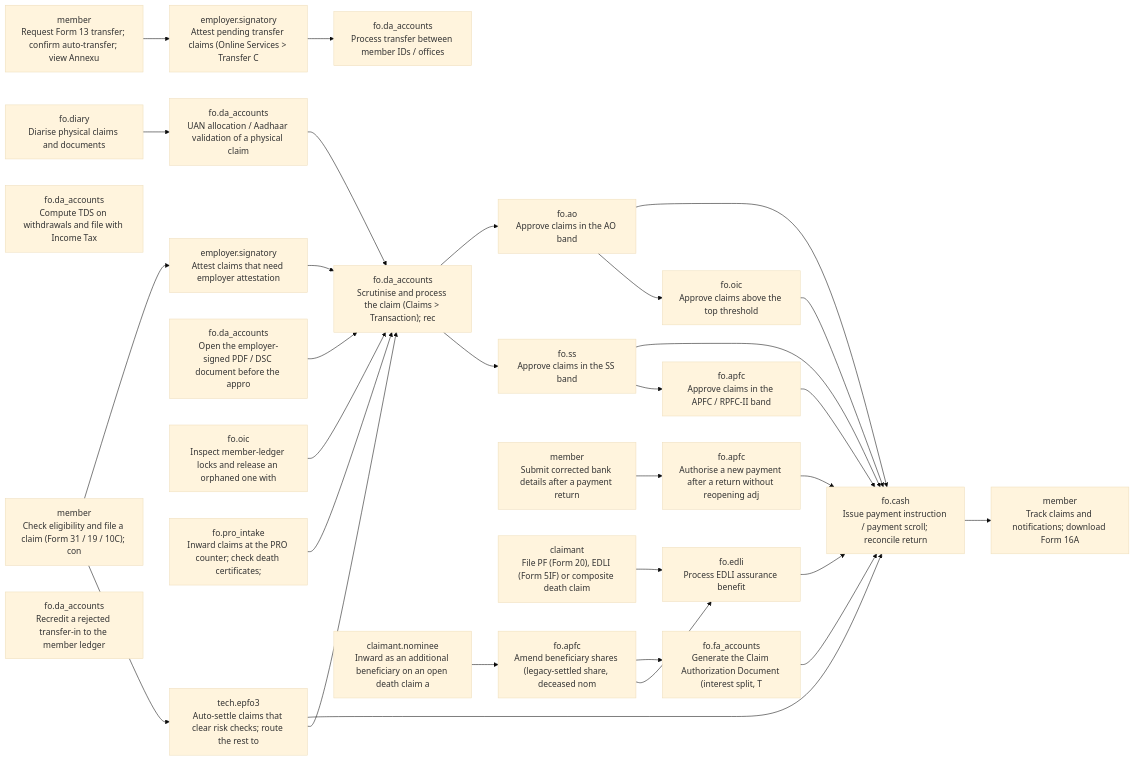
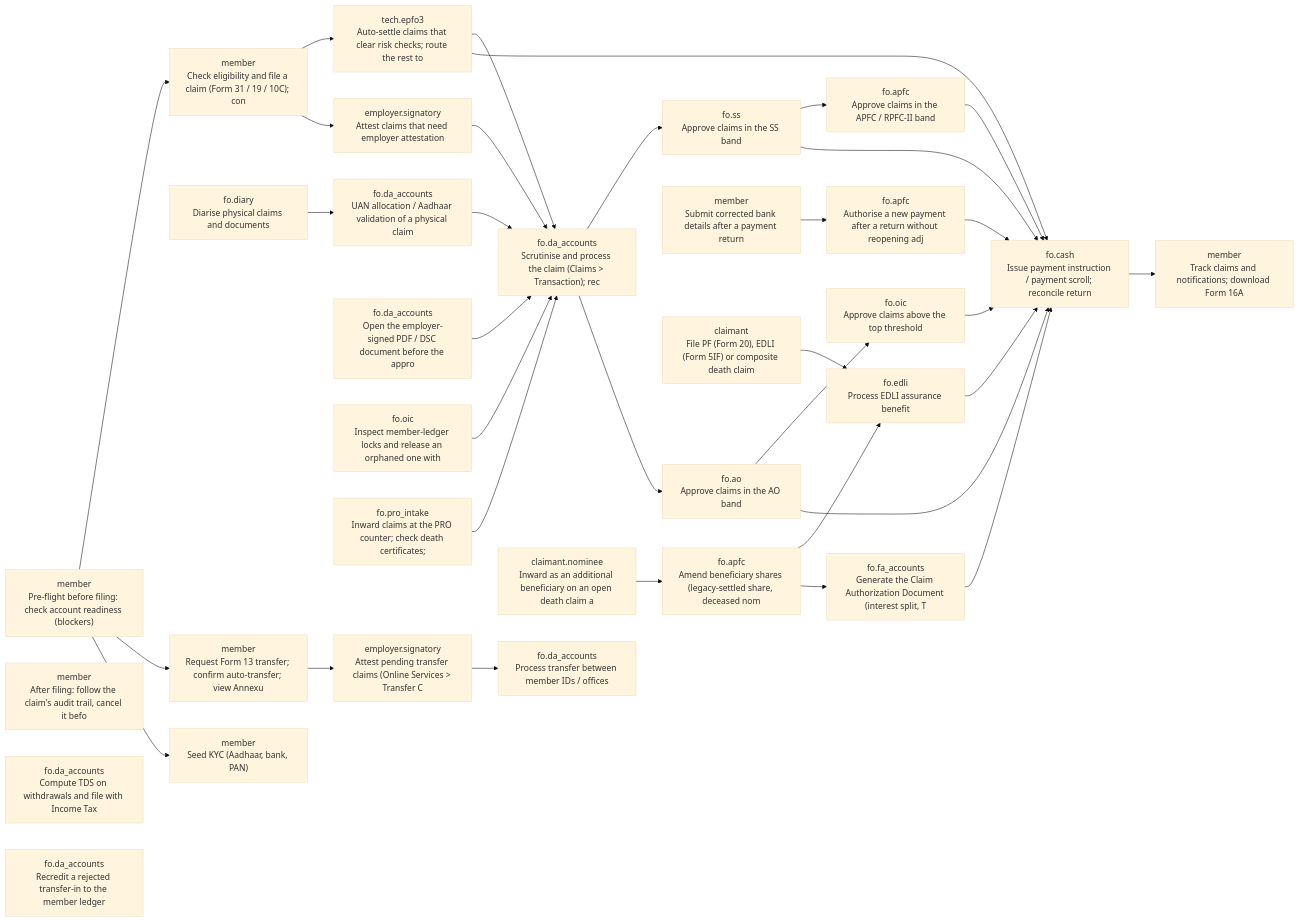
One commit to gauravmeena0708/pf-life changed the fourth of 14 diagrams in docs/stakeholder-api-sets.md. Above: the diagram before and after it, drawn with Mermaid (base theme). The commit also changed other lines of this file and 19 other files, not shown here.

First line of the commit message:
Add pre-flight / post-submission claim APIs, explicit state machines, KB items

````diff
--- a/docs/stakeholder-api-sets.md
+++ b/docs/stakeholder-api-sets.md
@@ -1390,59 +1398,65 @@
 ```mermaid
 flowchart LR
+  F04_preflight["member<br/>Pre-flight before filing: check account readiness (blockers)"]
   F04_claim_file["member<br/>Check eligibility and file a claim (Form 31 / 19 / 10C); con"]
   F04_auto_settle["tech.epfo3<br/>Auto-settle claims that clear risk checks; route the rest to"]
   F04_attest["employer.signatory<br/>Attest claims that need employer attestation"]
   F04_physical["fo.diary<br/>Diarise physical claims and documents"]
   F04_physical_validate["fo.da_accounts<br/>UAN allocation / Aadhaar validation of a physical claim"]
   F04_process["fo.da_accounts<br/>Scrutinise and process the claim (Claims > Transaction); rec"]
   F04_approve_ss["fo.ss<br/>Approve claims in the SS band"]
   F04_approve_ao["fo.ao<br/>Approve claims in the AO band"]
   F04_approve_apfc["fo.apfc<br/>Approve claims in the APFC / RPFC-II band"]
   F04_approve_oic["fo.oic<br/>Approve claims above the top threshold"]
   F04_pay["fo.cash<br/>Issue payment instruction / payment scroll; reconcile return"]
   F04_cad["fo.fa_accounts<br/>Generate the Claim Authorization Document (interest split, T"]
+  F04_post_submission["member<br/>After filing: follow the claim's audit trail, cancel it befo"]
   F04_redisburse_request["member<br/>Submit corrected bank details after a payment return"]
   F04_redisburse_approve["fo.apfc<br/>Authorise a new payment after a return without reopening adj"]
   F04_attestation_view["fo.da_accounts<br/>Open the employer-signed PDF / DSC document before the appro"]
   F04_lock_admin["fo.oic<br/>Inspect member-ledger locks and release an orphaned one with"]
   F04_pro_intake["fo.pro_intake<br/>Inward claims at the PRO counter; check death certificates; "]
   F04_track["member<br/>Track claims and notifications; download Form 16A"]
   F04_tds["fo.da_accounts<br/>Compute TDS on withdrawals and file with Income Tax"]
   F04_transfer["member<br/>Request Form 13 transfer; confirm auto-transfer; view Annexu"]
   F04_transfer_attest["employer.signatory<br/>Attest pending transfer claims (Online Services > Transfer C"]
   F04_transfer_process["fo.da_accounts<br/>Process transfer between member IDs / offices"]
   F04_transfer_recredit["fo.da_accounts<br/>Recredit a rejected transfer-in to the member ledger"]
   F04_death_claim["claimant<br/>File PF (Form 20), EDLI (Form 5IF) or composite death claim"]
   F04_co_beneficiary["claimant.nominee<br/>Inward as an additional beneficiary on an open death claim a"]
   F04_shares["fo.apfc<br/>Amend beneficiary shares (legacy-settled share, deceased nom"]
   F04_edli["fo.edli<br/>Process EDLI assurance benefit"]
+  F04_preflight --> F04_claim_file
+  F04_preflight --> F04_transfer
+  F02_kyc_seed["member<br/>Seed KYC (Aadhaar, bank, PAN)"]
+  F04_preflight --> F02_kyc_seed
   F04_claim_file --> F04_auto_settle
   F04_claim_file --> F04_attest
   F04_auto_settle --> F04_process
   F04_auto_settle --> F04_pay
   F04_attest --> F04_process
   F04_physical --> F04_physical_validate
   F04_physical_validate --> F04_process
   F04_process --> F04_approve_ss
   F04_process --> F04_approve_ao
   F04_approve_ss --> F04_approve_apfc
   F04_approve_ss --> F04_pay
   F04_approve_ao --> F04_approve_oic
   F04_approve_ao --> F04_pay
   F04_approve_apfc --> F04_pay
   F04_approve_oic --> F04_pay
   F04_pay --> F04_track
   F04_cad --> F04_pay
   F04_redisburse_request --> F04_redisburse_approve
   F04_redisburse_approve --> F04_pay
   F04_attestation_view --> F04_process
   F04_lock_admin --> F04_process
   F04_pro_intake --> F04_process
   F04_transfer --> F04_transfer_attest
   F04_transfer_attest --> F04_transfer_process
   F04_death_claim --> F04_edli
   F04_co_beneficiary --> F04_shares
   F04_shares --> F04_edli
   F04_shares --> F04_cad
   F04_edli --> F04_pay
 ```
````
